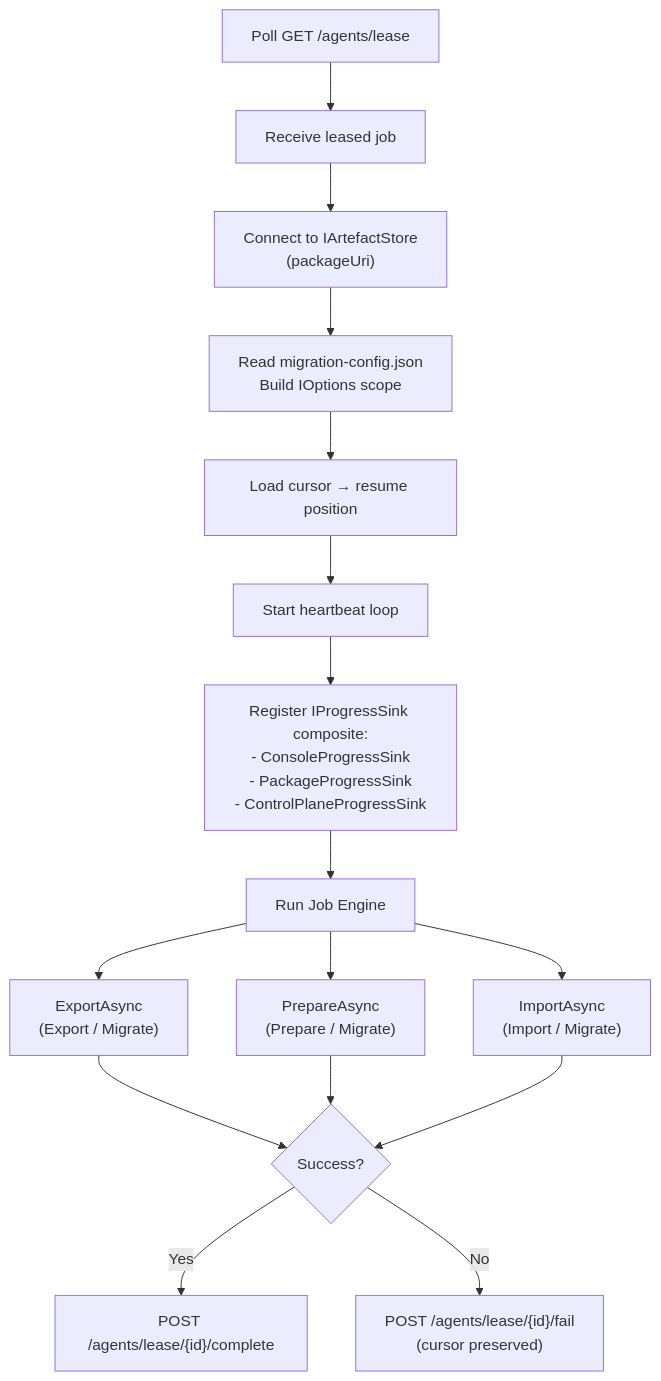
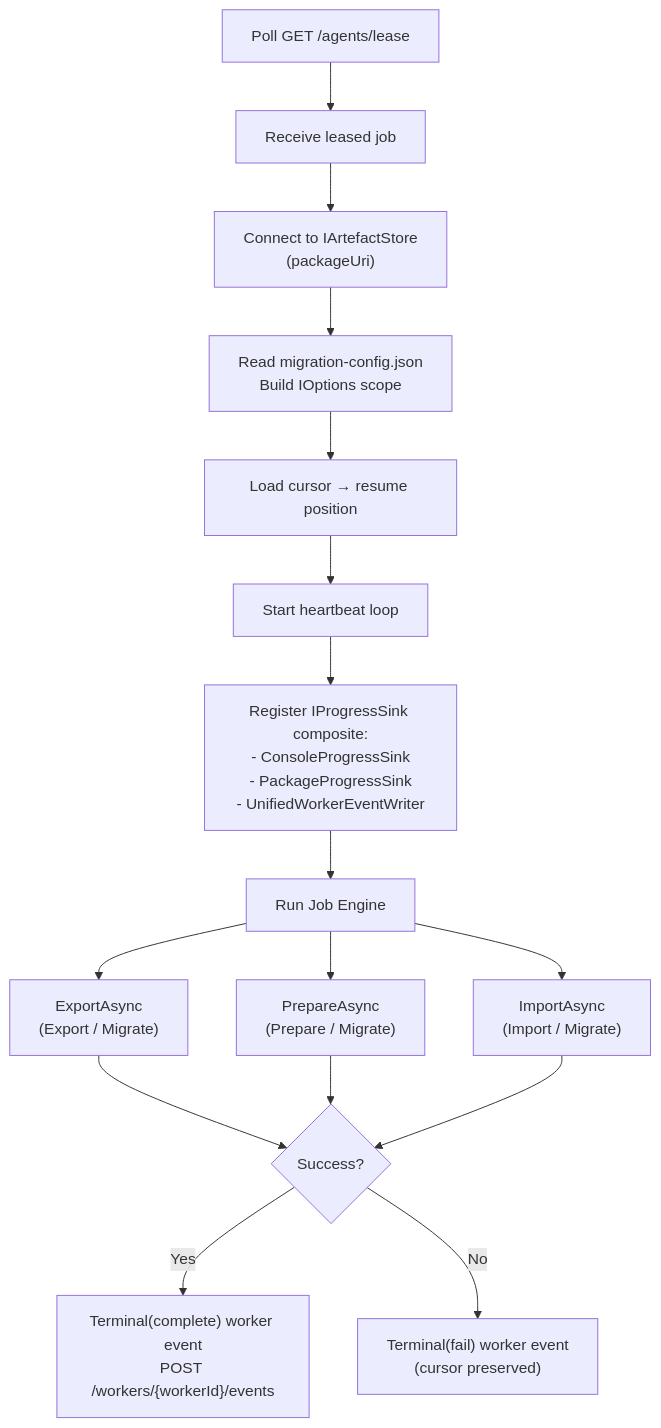
Before and after one commit to nkdAgility/azure-devops-migration-platform: the first of 2 diagrams in docs/agent-hosting.md, drawn with Mermaid. The commit also changed other lines of this file and 652 other files, not shown here.

First line of the commit message:
Refactor Control Plane communication and enhance event handling (#131)

````diff
--- a/docs/agent-hosting.md
+++ b/docs/agent-hosting.md
@@ -70,18 +70,18 @@
 ```mermaid
 flowchart TD
     Poll["Poll GET /agents/lease"] --> Receive["Receive leased job"]
     Receive --> Store["Connect to IArtefactStore\n(packageUri)"]
     Store --> Config["Read migration-config.json\nBuild IOptions scope"]
     Config --> Cursor["Load cursor → resume position"]
     Cursor --> HB["Start heartbeat loop"]
-    HB --> Sinks["Register IProgressSink composite:\n- ConsoleProgressSink\n- PackageProgressSink\n- ControlPlaneProgressSink"]
+    HB --> Sinks["Register IProgressSink composite:\n- ConsoleProgressSink\n- PackageProgressSink\n- UnifiedWorkerEventWriter"]
     Sinks --> Engine["Run Job Engine"]
     Engine --> Export["ExportAsync\n(Export / Migrate)"]
     Engine --> Prepare["PrepareAsync\n(Prepare / Migrate)"]
     Engine --> Import["ImportAsync\n(Import / Migrate)"]
     Export --> Done{Success?}
     Prepare --> Done
     Import --> Done
-    Done -->|Yes| Complete["POST /agents/lease/{id}/complete"]
-    Done -->|No| Fail["POST /agents/lease/{id}/fail\n(cursor preserved)"]
+    Done -->|Yes| Complete["Terminal(complete) worker event\nPOST /workers/{workerId}/events"]
+    Done -->|No| Fail["Terminal(fail) worker event\n(cursor preserved)"]
 ```
````
